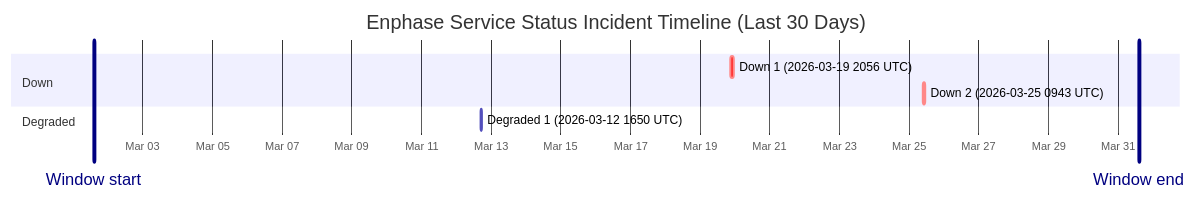
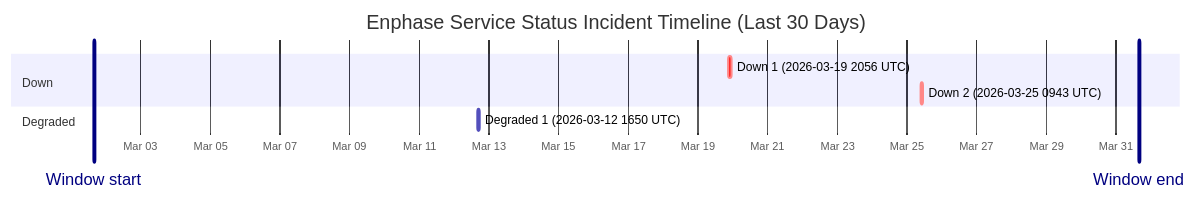
The diagram in wiki/Service-Status-History.md (barneyonline/ha-enphase-ev-charger), drawn with Mermaid before and after one commit. The commit also changed other lines of this file and 3 other files, not shown here.

````diff
--- a/wiki/Service-Status-History.md
+++ b/wiki/Service-Status-History.md
@@ -14,13 +14,13 @@
 ```mermaid
 gantt
     title Enphase Service Status Incident Timeline (Last 30 Days)
     dateFormat  YYYY-MM-DDTHH:mm:ss
     axisFormat  %b %d
-    Window start :vert, window-start, 2026-03-01T14:23:27, 0ms
-    Window end :vert, window-end, 2026-03-31T14:23:27, 0ms
+    Window start :vert, window-start, 2026-03-01T15:59:16, 0ms
+    Window end :vert, window-end, 2026-03-31T15:59:16, 0ms
     section Down
     Down 1 (2026-03-19 2056 UTC) :crit, down-1, 2026-03-19T20:56:20, 145m
     Down 2 (2026-03-25 0943 UTC) :crit, down-2, 2026-03-25T09:43:28, 111m
     section Degraded
     Degraded 1 (2026-03-12 1650 UTC) :active, degraded-1, 2026-03-12T16:50:43, 60m
 ```
````
